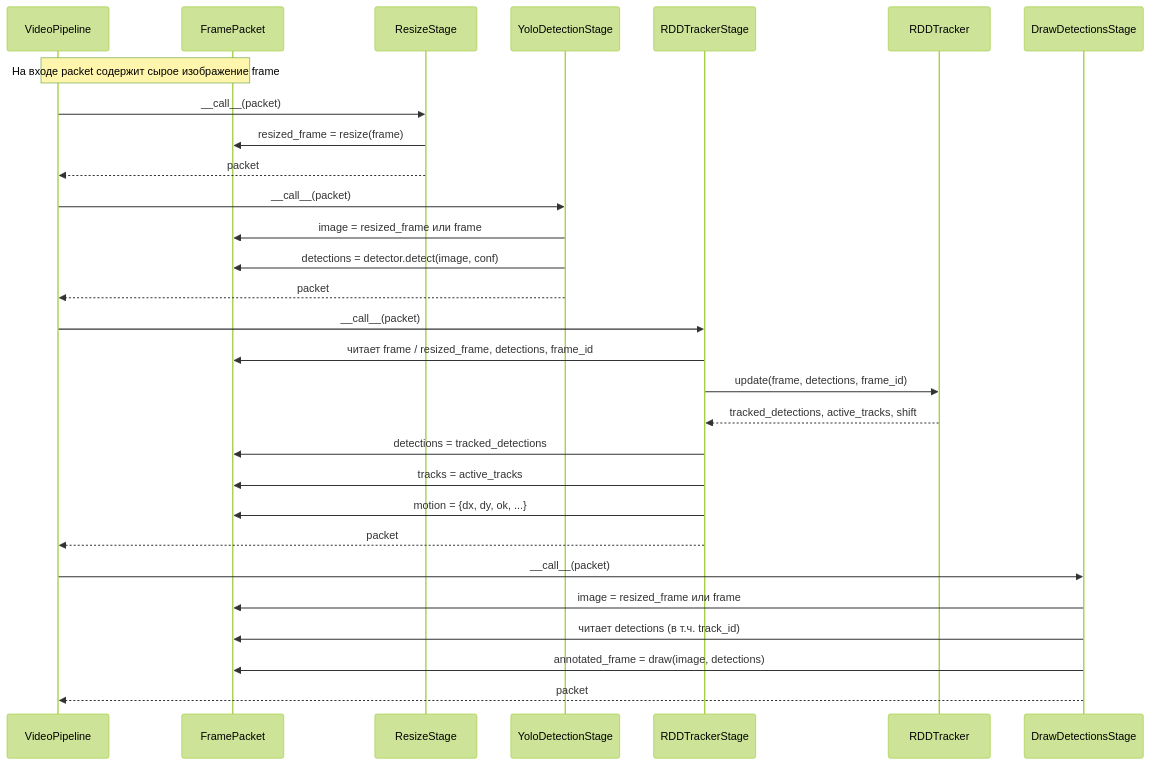
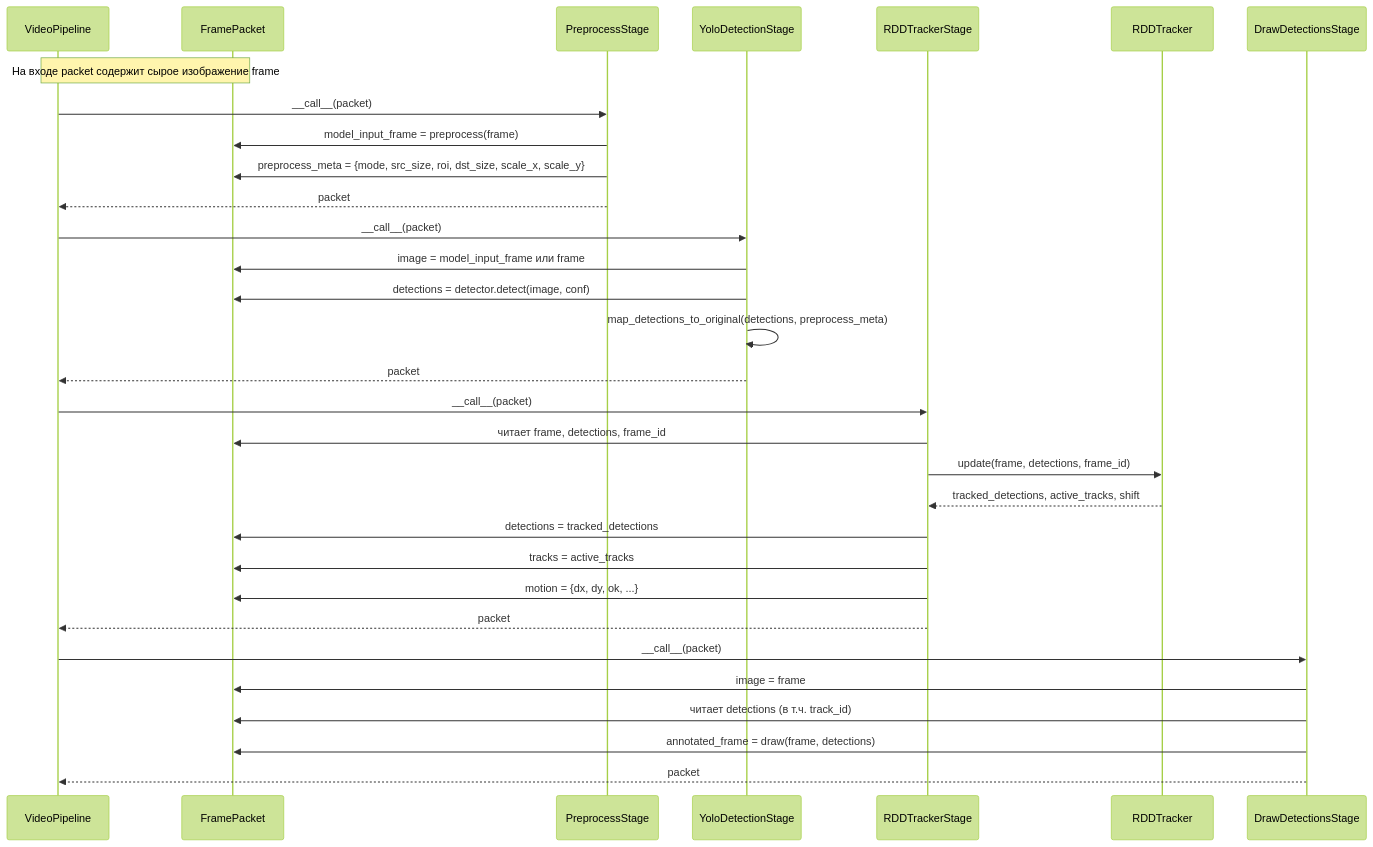
The diagram in tracking/sequence_simpified.mmd (userGl/road_monitoring), drawn with Mermaid (forest theme) before and after one commit. The commit also changed 5 other files, not shown here.

Commit message:
Добавлено StagePreprocess и наложение bbox на оригинальные картинки

```diff
--- a/tracking/sequence_simpified.mmd
+++ b/tracking/sequence_simpified.mmd
@@ -1,34 +1,36 @@
 sequenceDiagram
     participant VP as VideoPipeline
     participant P as FramePacket
-    participant R as ResizeStage
+    participant R as PreprocessStage
     participant Y as YoloDetectionStage
     participant TS as RDDTrackerStage
     participant T as RDDTracker
     participant D as DrawDetectionsStage
 
     Note over VP,P: На входе packet содержит сырое изображение frame
 
     VP->>R: __call__(packet)
-    R->>P: resized_frame = resize(frame)
+    R->>P: model_input_frame = preprocess(frame)
+    R->>P: preprocess_meta = {mode, src_size, roi, dst_size, scale_x, scale_y}
     R-->>VP: packet
 
     VP->>Y: __call__(packet)
-    Y->>P: image = resized_frame или frame
+    Y->>P: image = model_input_frame или frame
     Y->>P: detections = detector.detect(image, conf)
+    Y->>Y: map_detections_to_original(detections, preprocess_meta)
     Y-->>VP: packet
 
     VP->>TS: __call__(packet)
-    TS->>P: читает frame / resized_frame, detections, frame_id
+    TS->>P: читает frame, detections, frame_id
     TS->>T: update(frame, detections, frame_id)
     T-->>TS: tracked_detections, active_tracks, shift
     TS->>P: detections = tracked_detections
     TS->>P: tracks = active_tracks
     TS->>P: motion = {dx, dy, ok, ...}
     TS-->>VP: packet
 
     VP->>D: __call__(packet)
-    D->>P: image = resized_frame или frame
+    D->>P: image = frame
     D->>P: читает detections (в т.ч. track_id)
-    D->>P: annotated_frame = draw(image, detections)
+    D->>P: annotated_frame = draw(frame, detections)
     D-->>VP: packet
```
